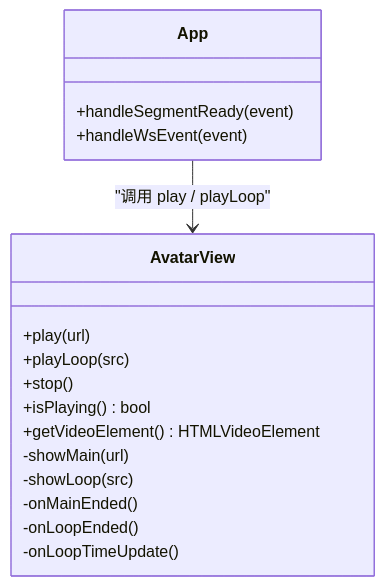
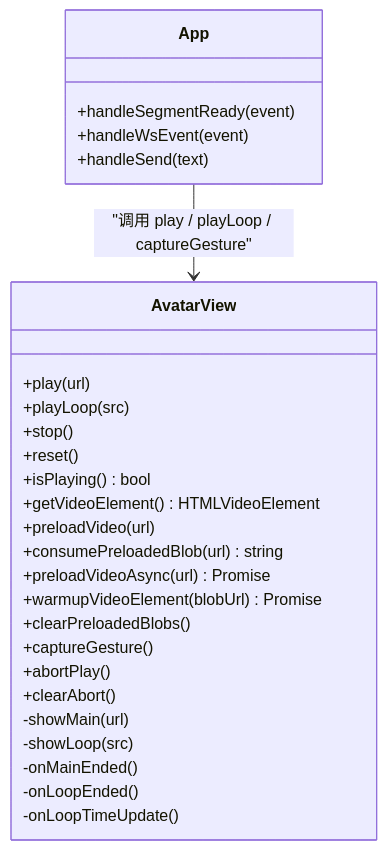
The third of 5 diagrams in .qoder/repowiki/zh/content/系统架构/前端应用架构/虚拟形象系统.md (leo21cn/real-time-talk), drawn with Mermaid before and after one commit. The commit also changed other lines of this file and 9 other files, not shown here.

````diff
--- a/.qoder/repowiki/zh/content/系统架构/前端应用架构/虚拟形象系统.md
+++ b/.qoder/repowiki/zh/content/系统架构/前端应用架构/虚拟形象系统.md
@@ -139,20 +155,30 @@
 ```mermaid
 classDiagram
 class AvatarView {
 +play(url)
 +playLoop(src)
 +stop()
++reset()
 +isPlaying() bool
 +getVideoElement() HTMLVideoElement
++preloadVideo(url)
++consumePreloadedBlob(url) string
++preloadVideoAsync(url) Promise
++warmupVideoElement(blobUrl) Promise
++clearPreloadedBlobs()
++captureGesture()
++abortPlay()
++clearAbort()
 -showMain(url)
 -showLoop(src)
 -onMainEnded()
 -onLoopEnded()
 -onLoopTimeUpdate()
 }
 class App {
 +handleSegmentReady(event)
 +handleWsEvent(event)
++handleSend(text)
 }
-App --> AvatarView : "调用 play / playLoop"
+App --> AvatarView : "调用 play / playLoop / captureGesture"
 ```
````
